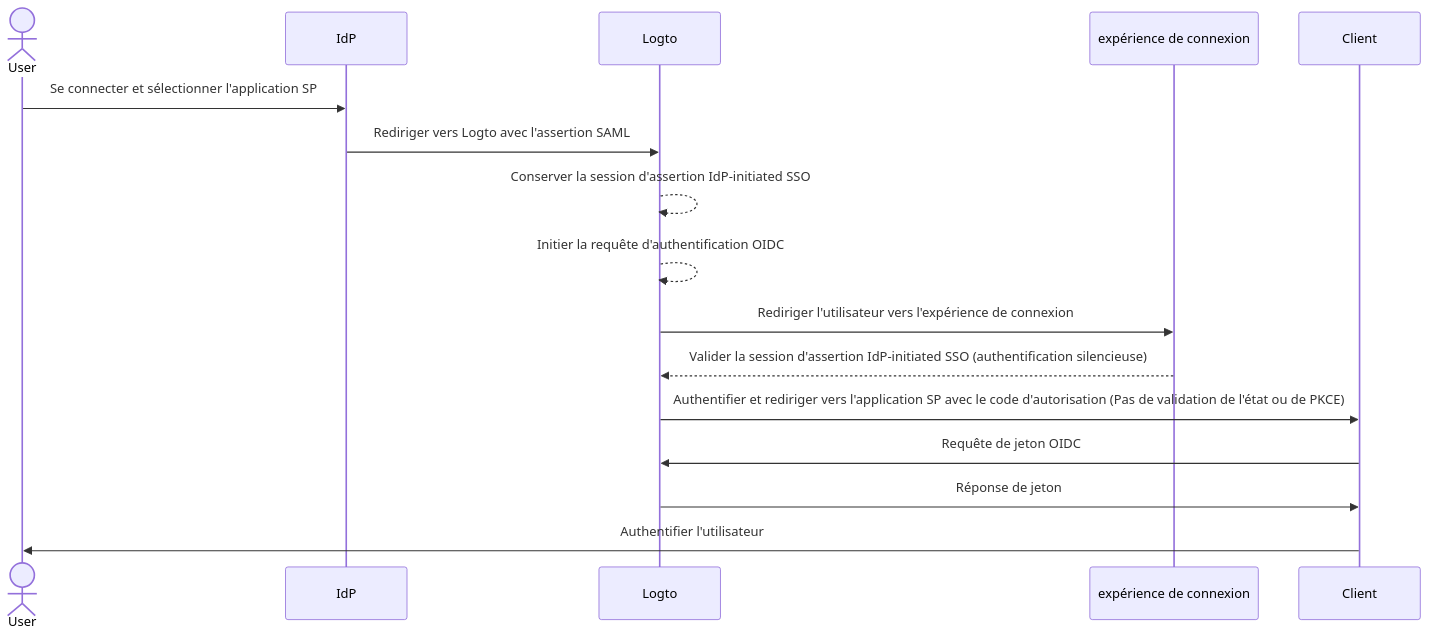
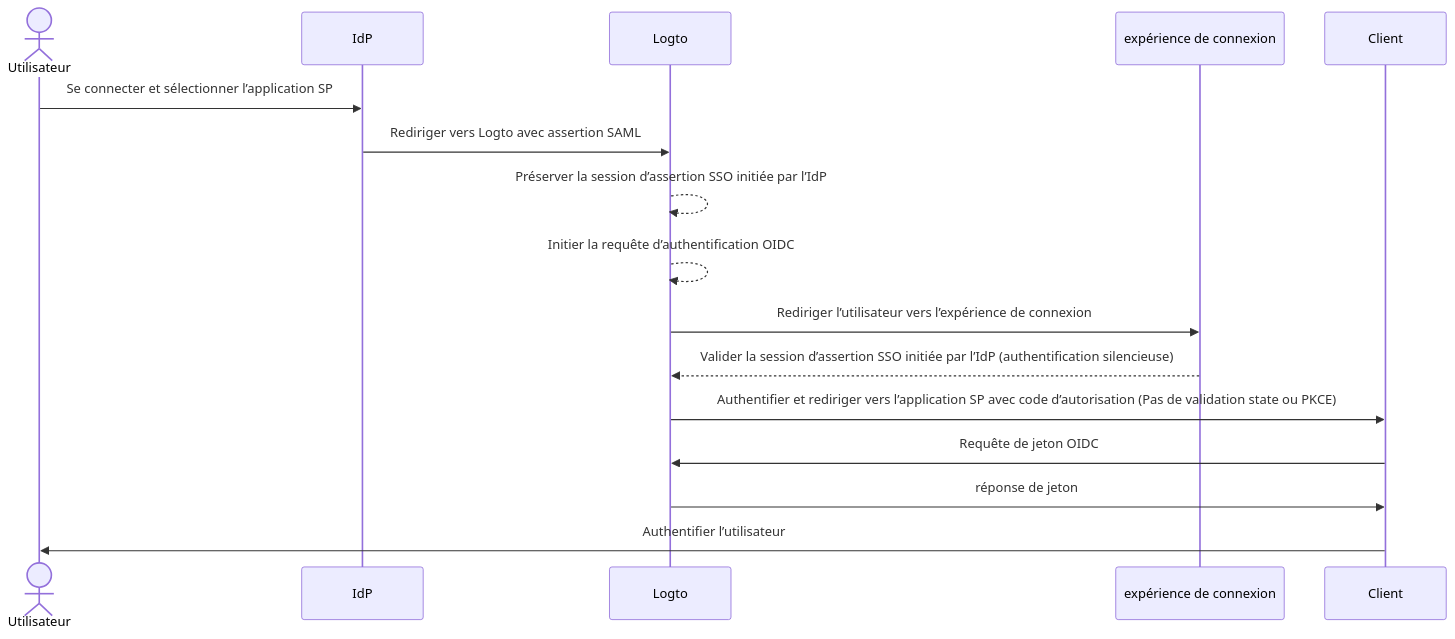
One commit to logto-io/docs changed the second of 2 diagrams in i18n/fr/docusaurus-plugin-content-docs/current/end-user-flows/enterprise-sso/idp-initiated-sso.mdx. Above: the diagram before and after it, drawn with Mermaid. The commit also changed other lines of this file and 666 other files, not shown here.

````diff
--- a/i18n/fr/docusaurus-plugin-content-docs/current/end-user-flows/enterprise-sso/idp-initiated-sso.mdx
+++ b/i18n/fr/docusaurus-plugin-content-docs/current/end-user-flows/enterprise-sso/idp-initiated-sso.mdx
@@ -137,20 +137,20 @@
 ```mermaid
   sequenceDiagram
 
-  actor User
+  actor Utilisateur
   participant IdP as IdP
   participant Logto as Logto
   participant Experience as expérience de connexion
   participant SP as Client
 
-  User->>IdP: Se connecter et sélectionner l'application SP
-  IdP->>Logto: Rediriger vers Logto avec l'assertion SAML
-  Logto-->>Logto: Conserver la session d'assertion IdP-initiated SSO
-  Logto-->>Logto: Initier la requête d'authentification OIDC
-  Logto->>Experience: Rediriger l'utilisateur vers l'expérience de connexion
-  Experience-->>Logto: Valider la session d'assertion IdP-initiated SSO (authentification silencieuse)
-  Logto->>SP: Authentifier et rediriger vers l'application SP avec le code d'autorisation (Pas de validation de l'état ou de PKCE)
+  Utilisateur->>IdP: Se connecter et sélectionner l’application SP
+  IdP->>Logto: Rediriger vers Logto avec assertion SAML
+  Logto-->>Logto: Préserver la session d’assertion SSO initiée par l’IdP
+  Logto-->>Logto: Initier la requête d’authentification OIDC
+  Logto->>Experience: Rediriger l’utilisateur vers l’expérience de connexion
+  Experience-->>Logto: Valider la session d’assertion SSO initiée par l’IdP (authentification silencieuse)
+  Logto->>SP: Authentifier et rediriger vers l’application SP avec code d’autorisation (Pas de validation state ou PKCE)
   SP->>Logto: Requête de jeton OIDC
-  Logto->>SP: Réponse de jeton
-  SP->>User: Authentifier l'utilisateur
+  Logto->>SP: réponse de jeton
+  SP->>Utilisateur: Authentifier l’utilisateur
 ```
````
